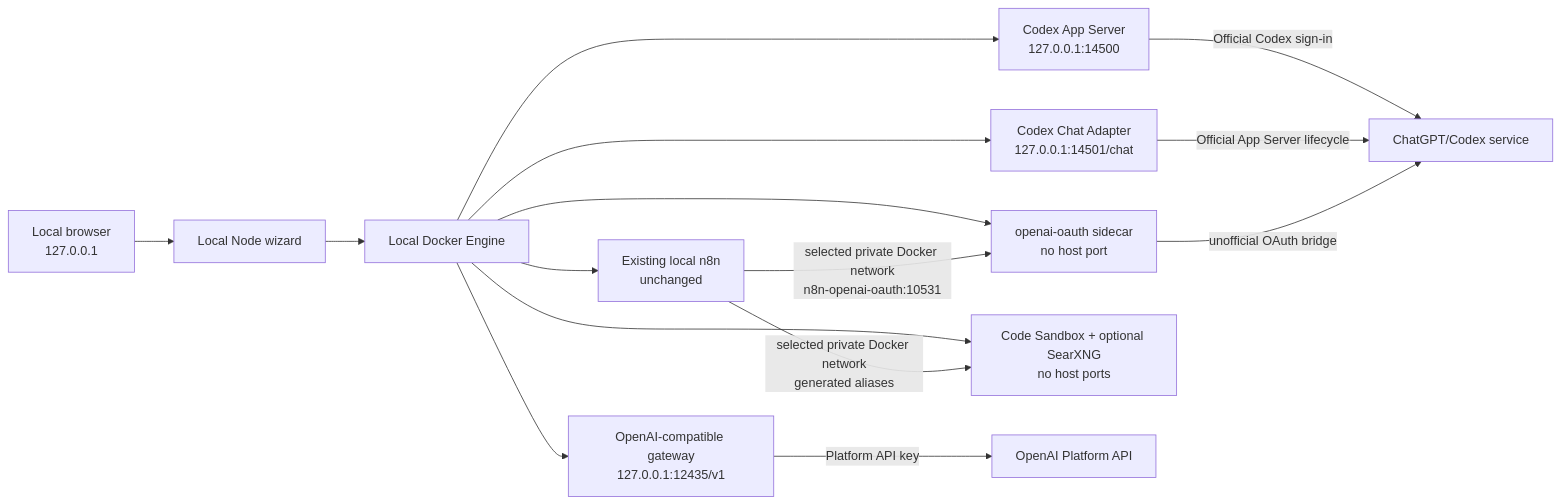
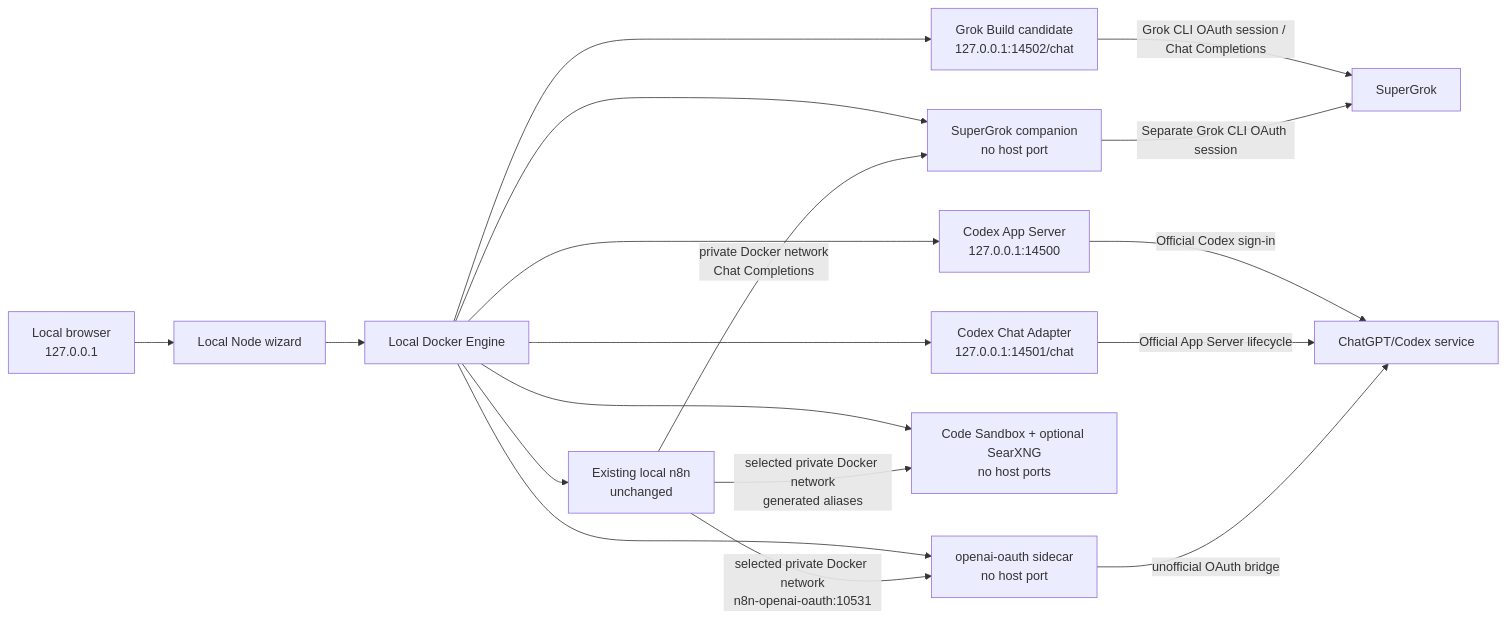
One commit to Demonbane18/relmio changed the second of 2 diagrams in docs/architecture.md. Above: the diagram before and after it, drawn with Mermaid. The commit also changed other lines of this file and 90 other files, not shown here.

````diff
--- a/docs/architecture.md
+++ b/docs/architecture.md
@@ -27,17 +27,20 @@
 ```mermaid
 flowchart LR
   B["Local browser<br>127.0.0.1"] --> W["Local Node wizard"]
   W --> D["Local Docker Engine"]
-  D --> G["OpenAI-compatible gateway<br>127.0.0.1:12435/v1"]
+  D --> G["Grok Build candidate<br>127.0.0.1:14502/chat"]
   D --> A["Codex App Server<br>127.0.0.1:14500"]
   D --> H["Codex Chat Adapter<br>127.0.0.1:14501/chat"]
   D --> N["Existing local n8n<br>unchanged"]
   D --> S["openai-oauth sidecar<br>no host port"]
   D --> X["Code Sandbox + optional SearXNG<br>no host ports"]
   N -->|"selected private Docker network<br>n8n-openai-oauth:10531"| S
   N -->|"selected private Docker network<br>generated aliases"| X
-  G -->|"Platform API key"| P["OpenAI Platform API"]
+  D --> Q["SuperGrok companion<br>no host port"]
+  N -->|"private Docker network<br>Chat Completions"| Q
+  G -->|"Grok CLI OAuth session / Chat Completions"| P["SuperGrok"]
+  Q -->|"Separate Grok CLI OAuth session"| P
   A -->|"Official Codex sign-in"| C["ChatGPT/Codex service"]
   H -->|"Official App Server lifecycle"| C
   S -->|"unofficial OAuth bridge"| C
 ```
````
